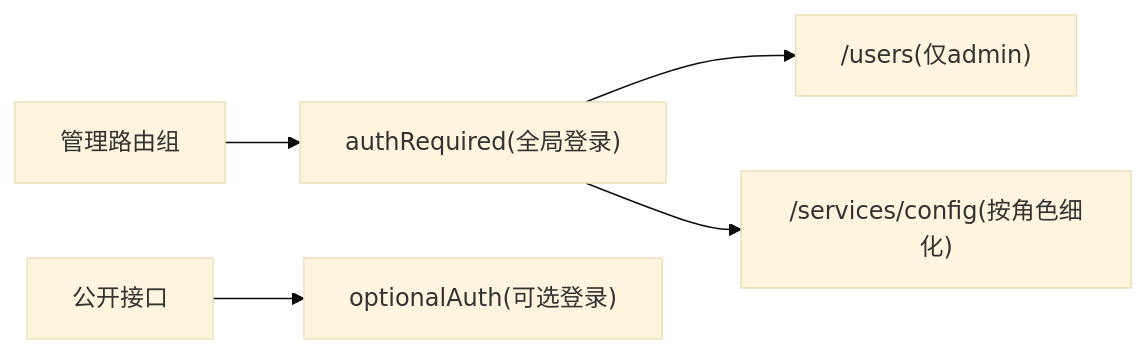
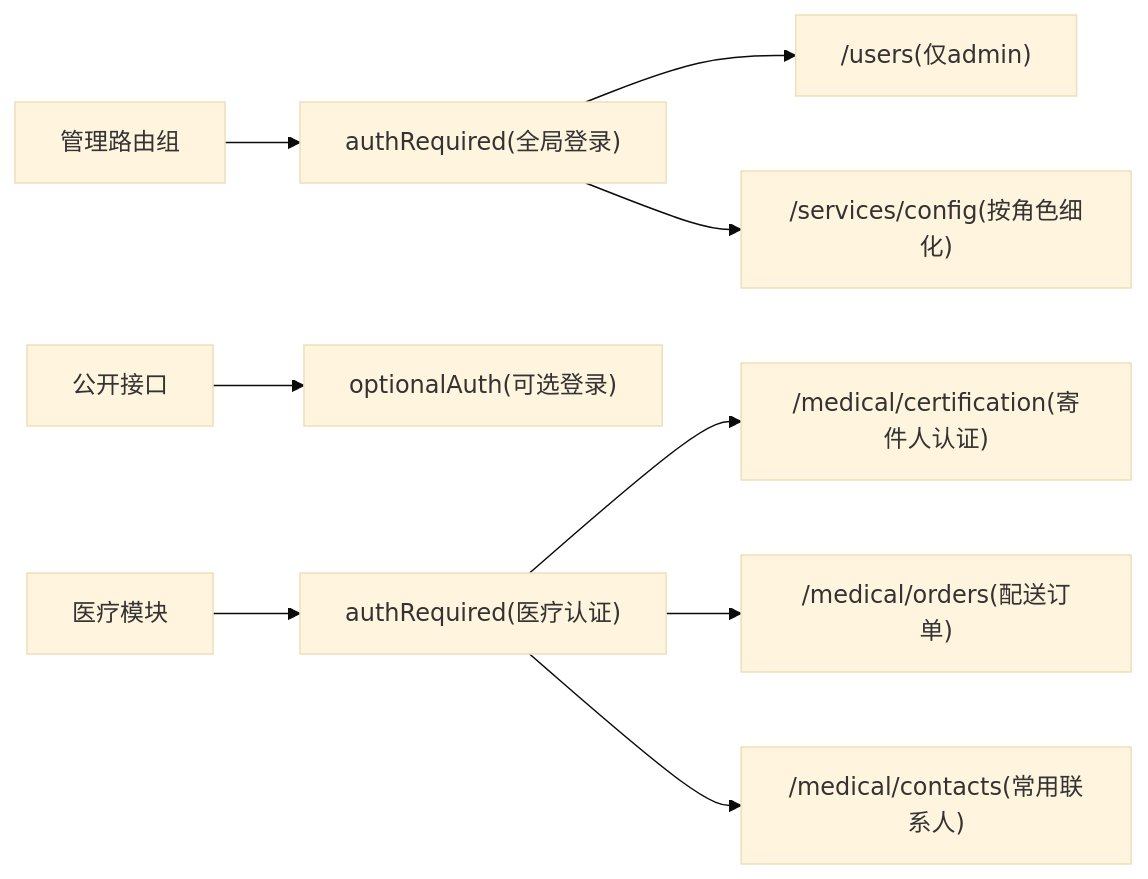
The seventh of 9 diagrams in .qoder/repowiki/zh/content/后端服务架构/核心服务模块/中间件系统/认证中间件.md (Giraffe-Han/microAPP), drawn with Mermaid (base theme) before and after one commit. The commit also changed other lines of this file and 143 other files, not shown here.

````diff
--- a/.qoder/repowiki/zh/content/后端服务架构/核心服务模块/中间件系统/认证中间件.md
+++ b/.qoder/repowiki/zh/content/后端服务架构/核心服务模块/中间件系统/认证中间件.md
@@ -253,7 +279,11 @@
 ```mermaid
 graph LR
 A["管理路由组"] --> B["authRequired(全局登录)"]
 B --> C["/users(仅admin)"]
 B --> D["/services/config(按角色细化)"]
 E["公开接口"] --> F["optionalAuth(可选登录)"]
+G["医疗模块"] --> H["authRequired(医疗认证)"]
+H --> I["/medical/certification(寄件人认证)"]
+H --> J["/medical/orders(配送订单)"]
+H --> K["/medical/contacts(常用联系人)"]
 ```
````
